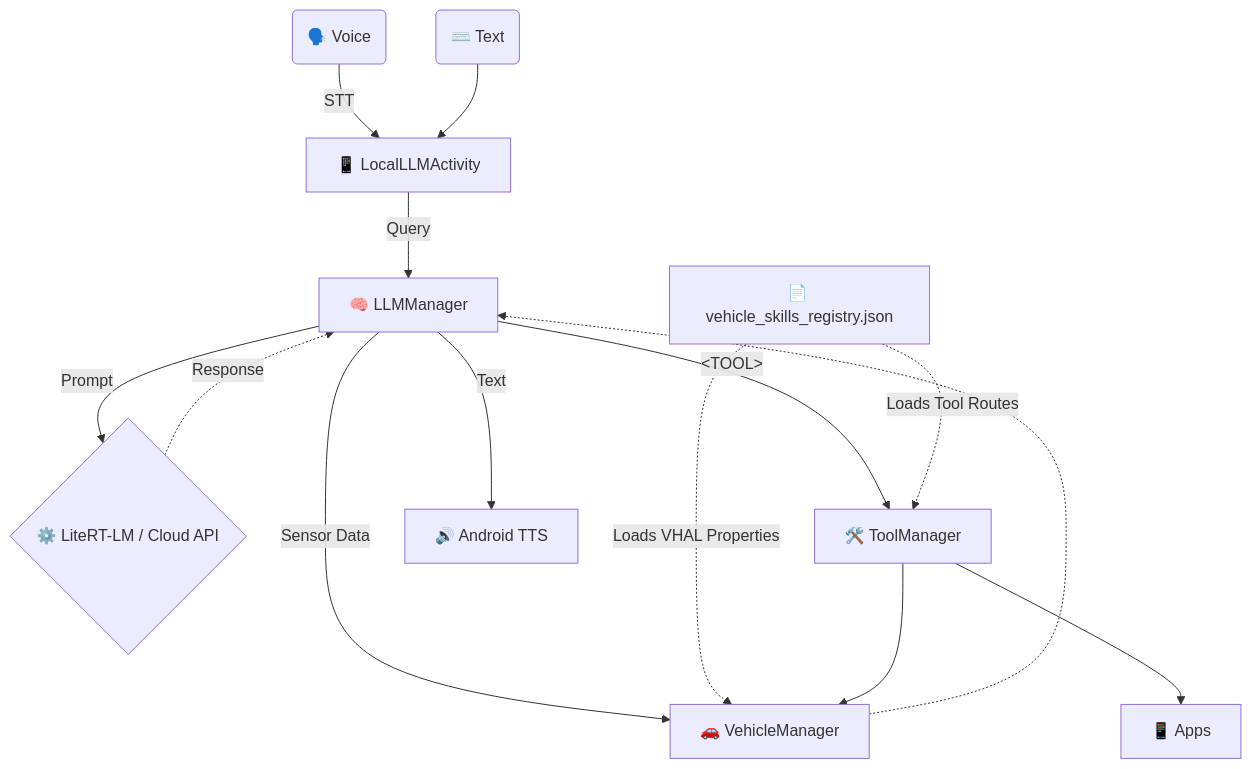
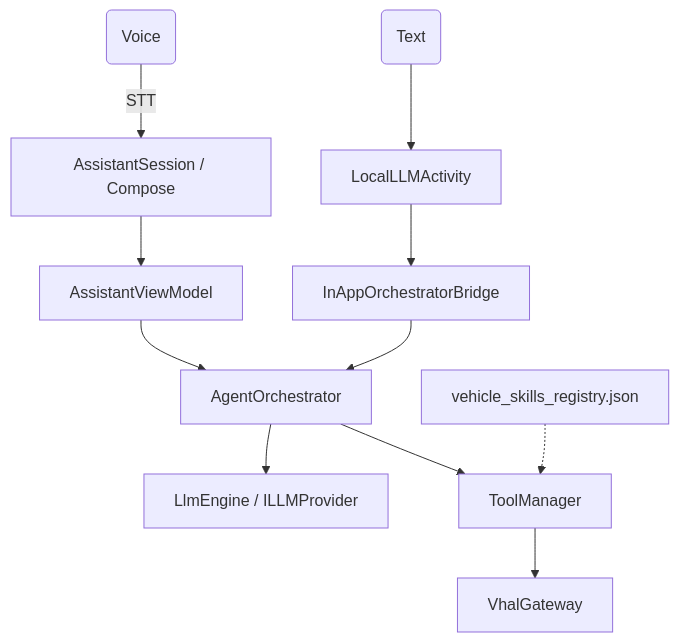
Before and after one commit to hemangpandhi/ai-assistant: the diagram in README.md, drawn with Mermaid. The commit also changed 30 other files, not shown here.

First line of the commit message:
Decouple agent ports, presentation MVI, and androidx ViewModel

````diff
--- a/README.md
+++ b/README.md
@@ -28,18 +28,13 @@
 ```mermaid
 graph TD
-    UserVoice(🗣️ Voice) --> |STT| UI[📱 LocalLLMActivity]
-    UserText(⌨️ Text) --> UI
-    UI --> |Query| SM[🧠 LLMManager]
-    SM --> |Sensor Data| VM[🚗 VehicleManager]
-    VM -.-> SM
-    SM --> |Prompt| Engine{⚙️ LiteRT-LM / Cloud API}
-    Engine -.-> |Response| SM
-    SM --> |&lt;TOOL&gt;| TM[🛠️ ToolManager]
-    SM --> |Text| TTS[🔊 Android TTS]
-    
-    JSON[📄 vehicle_skills_registry.json] -.-> |Loads Tool Routes| TM
-    JSON -.-> |Loads VHAL Properties| VM
-
-    TM --> VM
-    TM --> Intents[📱 Apps]
+    UserVoice(Voice) --> |STT| Sess[AssistantSession / Compose]
+    UserText(Text) --> Act[LocalLLMActivity]
+    Sess --> VM[AssistantViewModel]
+    Act --> Bridge[InAppOrchestratorBridge]
+    VM --> Orch[AgentOrchestrator]
+    Bridge --> Orch
+    Orch --> Edge[LlmEngine / ILLMProvider]
+    Orch --> TM[ToolManager]
+    TM --> VHAL[VhalGateway]
+    JSON[vehicle_skills_registry.json] -.-> TM
 ```
````
